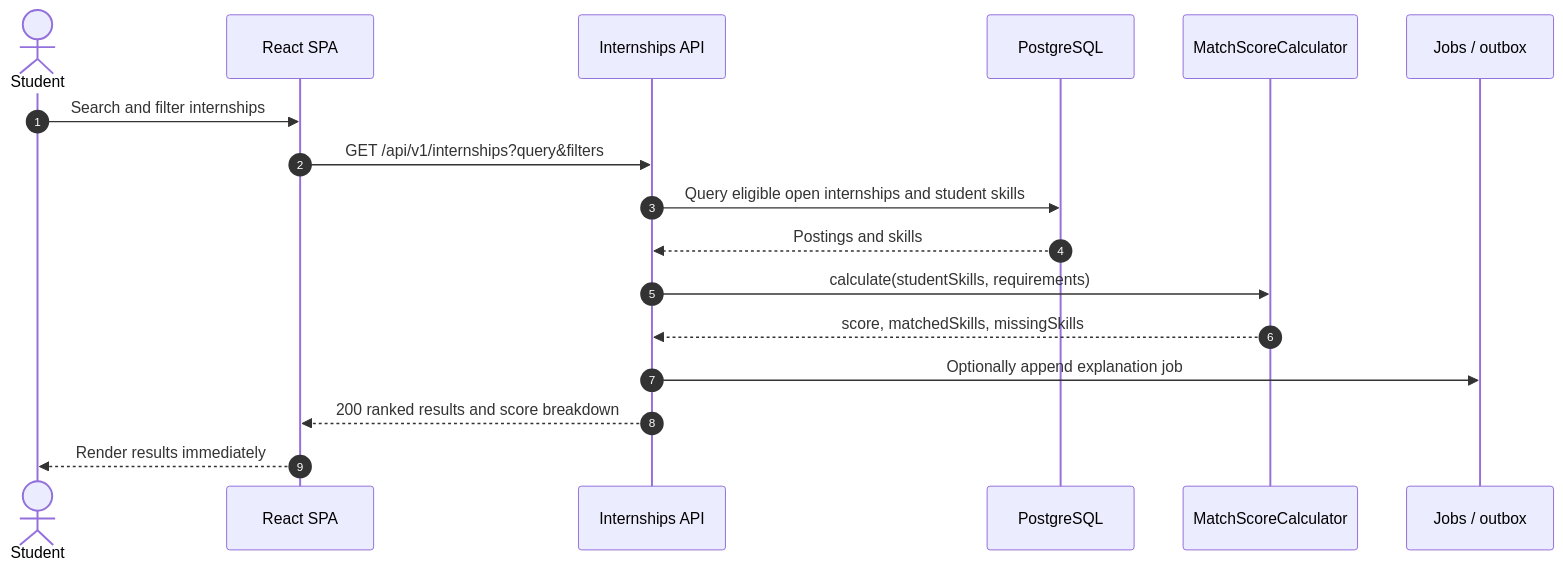
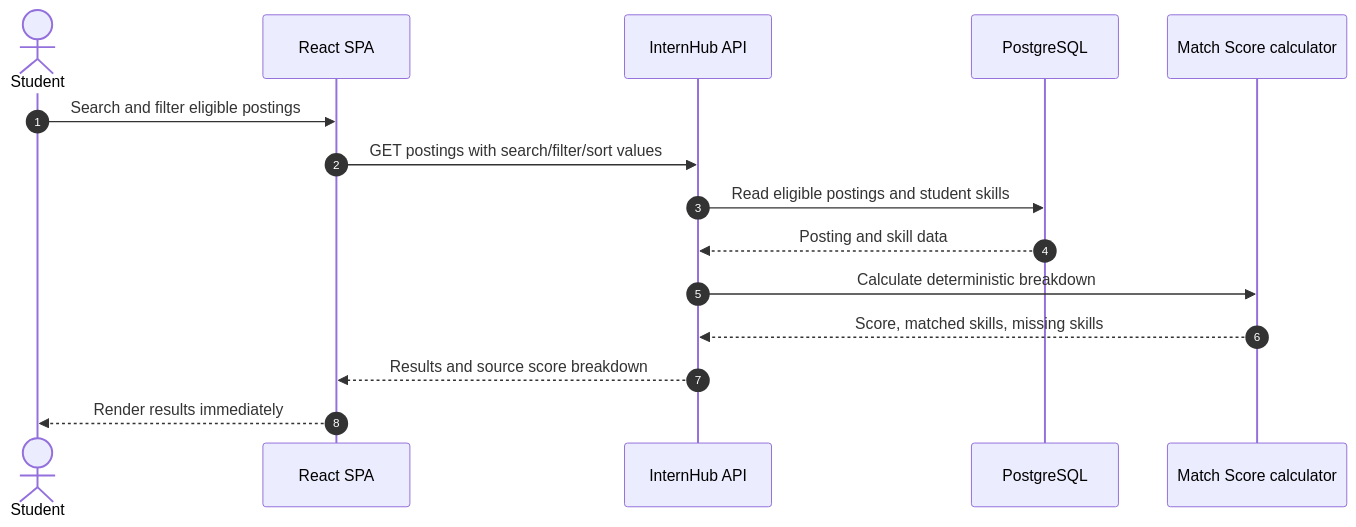
The first of 3 diagrams in docs/architecture/c4/06-runtime-sequence-view.md (Binhdn04/DoanNhatBinh_PMDC_Intern_1109), drawn with Mermaid before and after one commit. The commit also changed other lines of this file and 19 other files, not shown here.

````diff
--- a/docs/architecture/c4/06-runtime-sequence-view.md
+++ b/docs/architecture/c4/06-runtime-sequence-view.md
@@ -7,20 +7,18 @@
 ```mermaid
 sequenceDiagram
   autonumber
   actor Student
   participant SPA as React SPA
-  participant API as Internships API
+  participant API as InternHub API
   participant DB as PostgreSQL
-  participant Score as MatchScoreCalculator
-  participant Outbox as Jobs / outbox
+  participant Score as Match Score calculator
 
-  Student->>SPA: Search and filter internships
-  SPA->>API: GET /api/v1/internships?query&filters
-  API->>DB: Query eligible open internships and student skills
-  DB-->>API: Postings and skills
-  API->>Score: calculate(studentSkills, requirements)
-  Score-->>API: score, matchedSkills, missingSkills
-  API->>Outbox: Optionally append explanation job
-  API-->>SPA: 200 ranked results and score breakdown
+  Student->>SPA: Search and filter eligible postings
+  SPA->>API: GET postings with search/filter/sort values
+  API->>DB: Read eligible postings and student skills
+  DB-->>API: Posting and skill data
+  API->>Score: Calculate deterministic breakdown
+  Score-->>API: Score, matched skills, missing skills
+  API-->>SPA: Results and source score breakdown
   SPA-->>Student: Render results immediately
 ```
````
